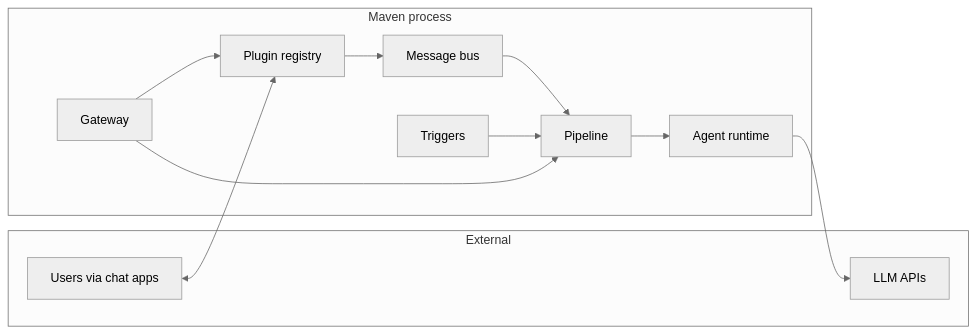
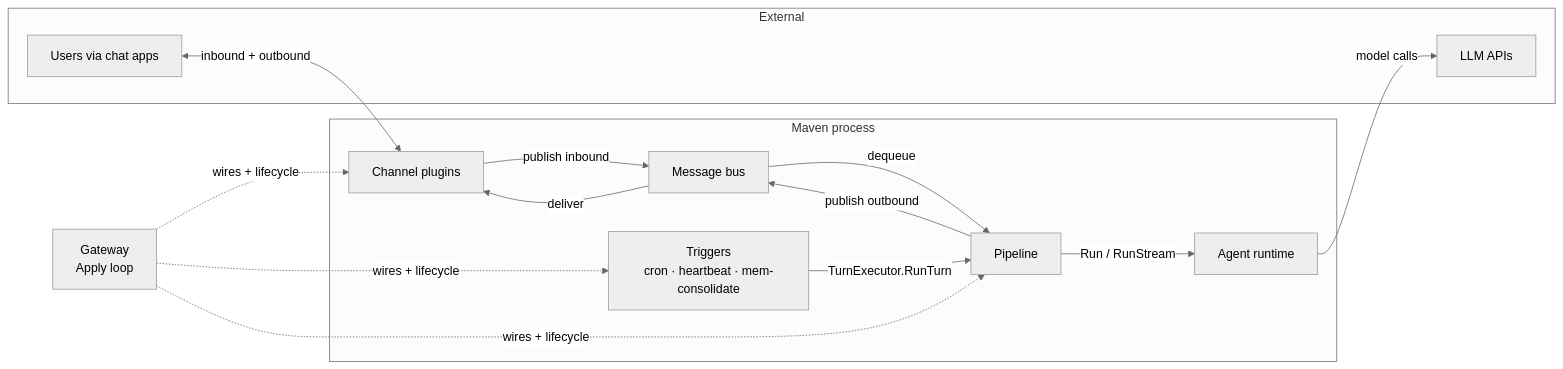
One commit to ageneralai/maven changed the first of 2 diagrams in docs/concepts/architecture.md. Above: the diagram before and after it, drawn with Mermaid (neutral theme). The commit also changed other lines of this file and 3 other files, not shown here.

First line of the commit message:
docs: refine architecture and pipeline documentation

````diff
--- a/docs/concepts/architecture.md
+++ b/docs/concepts/architecture.md
@@ -13,23 +13,25 @@
 ```mermaid
 flowchart LR
     subgraph External
         Users[Users via chat apps]
         LLM[LLM APIs]
     end
     subgraph "Maven process"
-        GW[Gateway]
-        PLG[Plugin registry]
+        Channels[Channel plugins]
+        Triggers[Triggers<br/>cron · heartbeat · mem-consolidate]
         BUS[Message bus]
         PIPE[Pipeline]
         RT[Agent runtime]
-        TRIG[Triggers]
     end
-    Users <--> PLG
-    PLG --> BUS
-    BUS --> PIPE
-    TRIG --> PIPE
-    PIPE --> RT
-    RT --> LLM
-    GW --> PLG
-    GW --> PIPE
+    Users <-->|inbound + outbound| Channels
+    Channels -->|publish inbound| BUS
+    BUS -->|dequeue| PIPE
+    Triggers -->|TurnExecutor.RunTurn| PIPE
+    PIPE -->|Run / RunStream| RT
+    RT -->|model calls| LLM
+    PIPE -->|publish outbound| BUS
+    BUS -->|deliver| Channels
+    GW[Gateway<br/>Apply loop] -. wires + lifecycle .-> Channels
+    GW -. wires + lifecycle .-> Triggers
+    GW -. wires + lifecycle .-> PIPE
 ```
````
